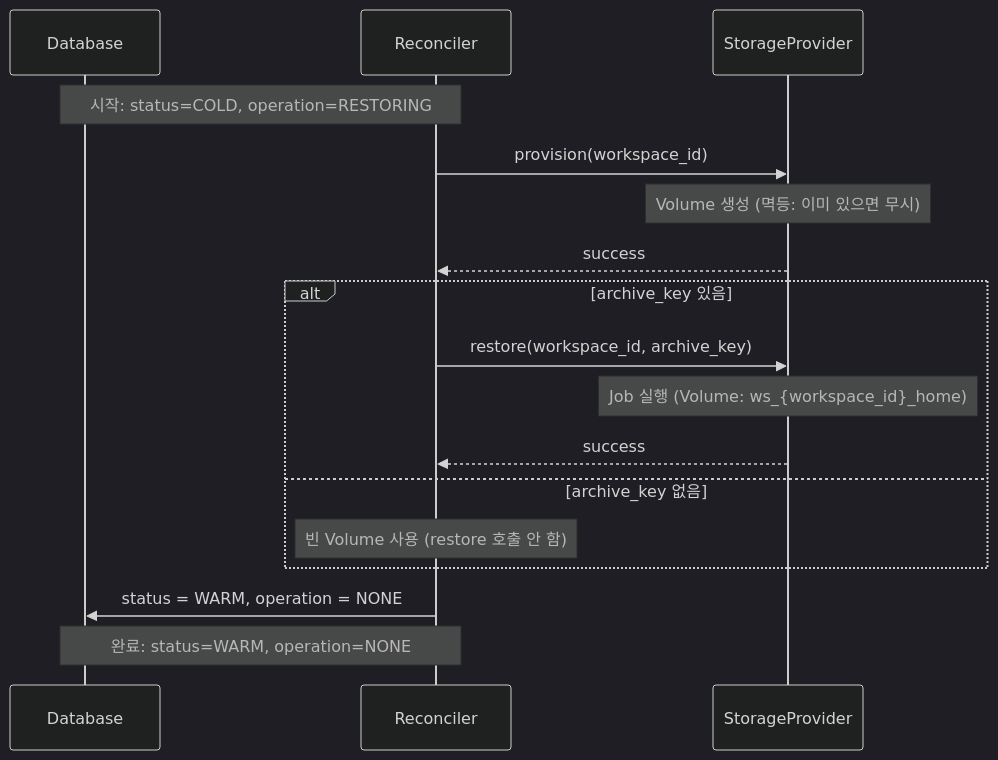
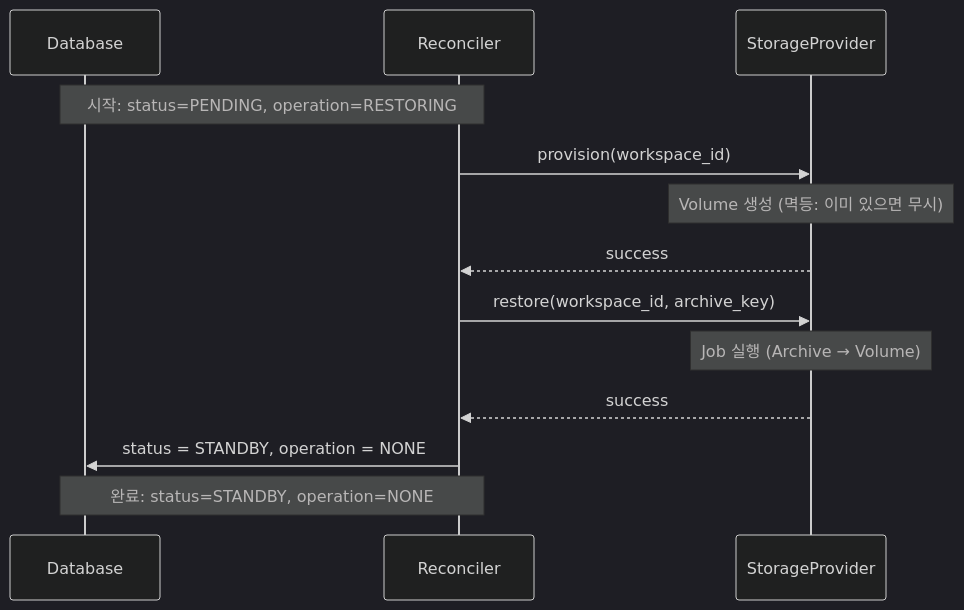
Before and after one commit to cagojeiger/code-hub: the second of 5 diagrams in docs/spec_v2/storage-operations.md, drawn with Mermaid (dark theme). The commit also changed other lines of this file and 11 other files, not shown here.

````diff
--- a/docs/spec_v2/storage-operations.md
+++ b/docs/spec_v2/storage-operations.md
@@ -48,22 +84,18 @@
 ```mermaid
 sequenceDiagram
     participant DB as Database
     participant R as Reconciler
     participant S as StorageProvider
 
-    Note over DB,R: 시작: status=COLD, operation=RESTORING
+    Note over DB,R: 시작: status=PENDING, operation=RESTORING
     R->>S: provision(workspace_id)
     Note over S: Volume 생성 (멱등: 이미 있으면 무시)
     S-->>R: success
 
-    alt archive_key 있음
-        R->>S: restore(workspace_id, archive_key)
-        Note over S: Job 실행 (Volume: ws_{workspace_id}_home)
-        S-->>R: success
-    else archive_key 없음
-        Note over R: 빈 Volume 사용 (restore 호출 안 함)
-    end
+    R->>S: restore(workspace_id, archive_key)
+    Note over S: Job 실행 (Archive → Volume)
+    S-->>R: success
 
-    R->>DB: status = WARM, operation = NONE
-    Note over DB,R: 완료: status=WARM, operation=NONE
+    R->>DB: status = STANDBY, operation = NONE
+    Note over DB,R: 완료: status=STANDBY, operation=NONE
 ```
````
